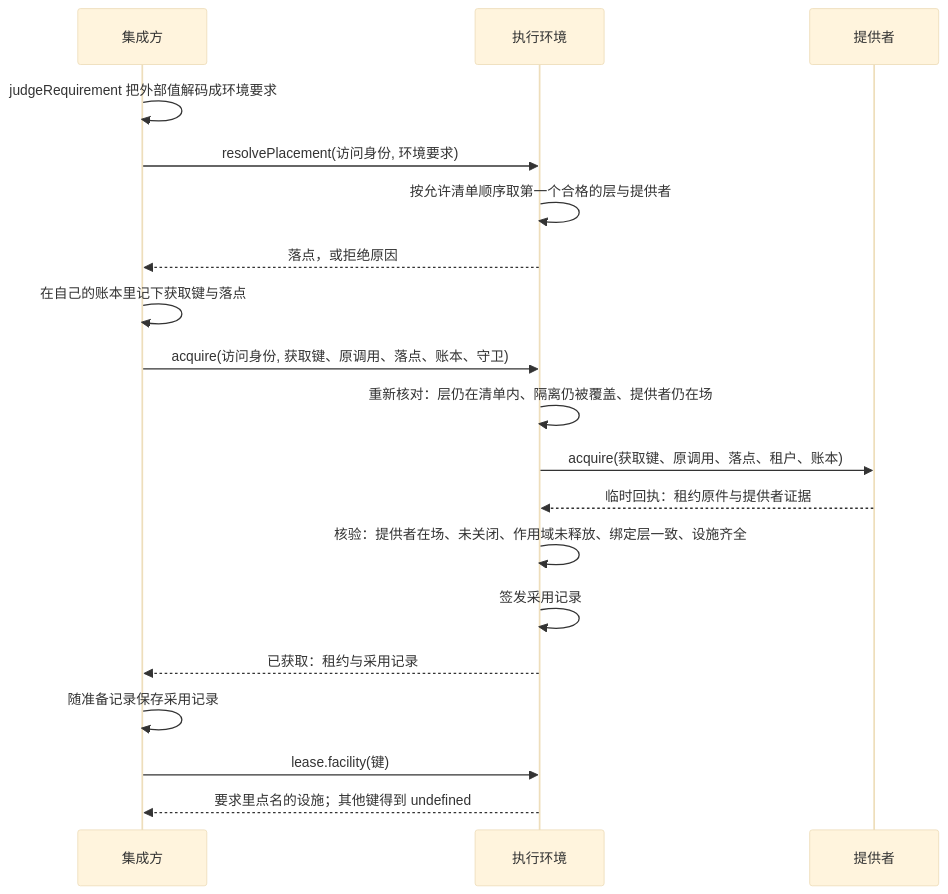
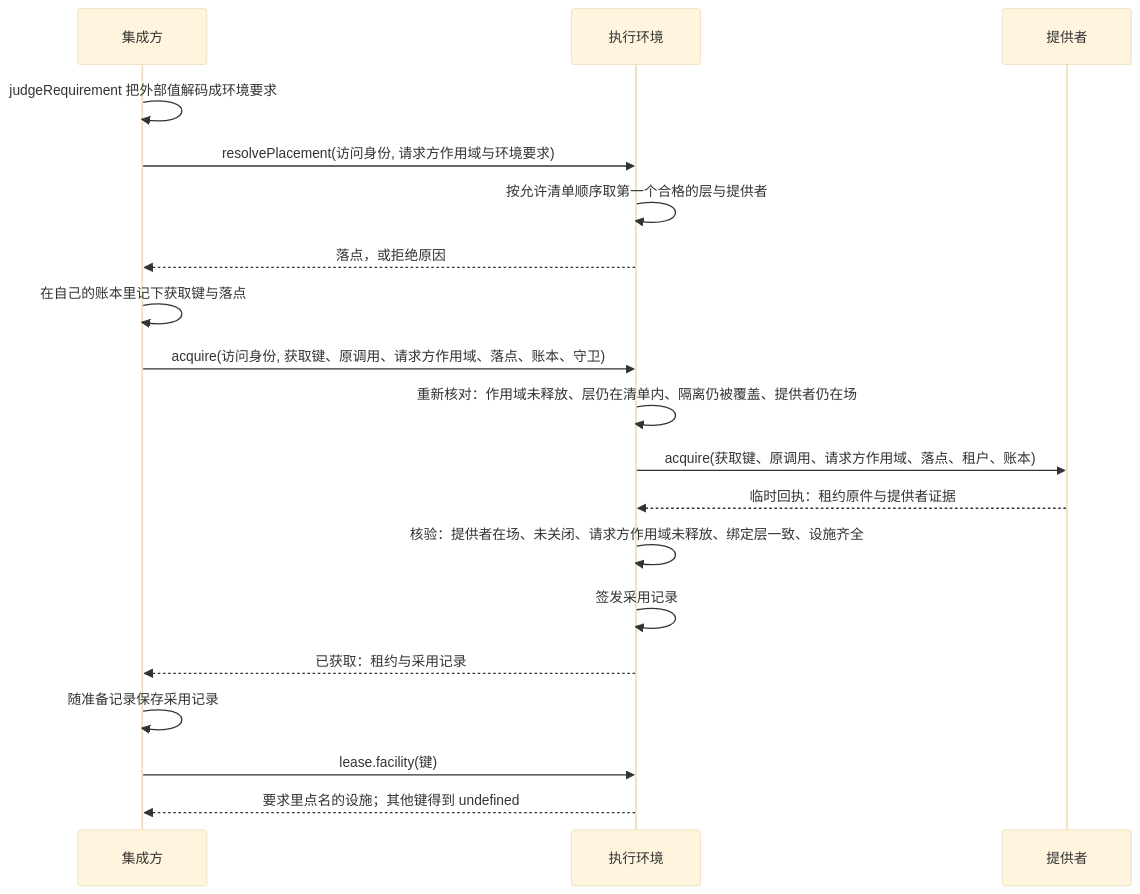
The first of 6 diagrams in packages/execution/execution-environment-contract/docs/flows.md (nemori-ai/omne-harness-lite), drawn with Mermaid (base theme) before and after one commit. The commit also changed other lines of this file and 50 other files, not shown here.

````diff
--- a/packages/execution/execution-environment-contract/docs/flows.md
+++ b/packages/execution/execution-environment-contract/docs/flows.md
@@ -17,21 +17,21 @@
 ```mermaid
 sequenceDiagram
   participant I as 集成方
   participant E as 执行环境
   participant P as 提供者
   I->>I: judgeRequirement 把外部值解码成环境要求
-  I->>E: resolvePlacement(访问身份, 环境要求)
+  I->>E: resolvePlacement(访问身份, 请求方作用域与环境要求)
   E->>E: 按允许清单顺序取第一个合格的层与提供者
   E-->>I: 落点，或拒绝原因
   I->>I: 在自己的账本里记下获取键与落点
-  I->>E: acquire(访问身份, 获取键、原调用、落点、账本、守卫)
-  E->>E: 重新核对：层仍在清单内、隔离仍被覆盖、提供者仍在场
-  E->>P: acquire(获取键、原调用、落点、租户、账本)
+  I->>E: acquire(访问身份, 获取键、原调用、请求方作用域、落点、账本、守卫)
+  E->>E: 重新核对：作用域未释放、层仍在清单内、隔离仍被覆盖、提供者仍在场
+  E->>P: acquire(获取键、原调用、请求方作用域、落点、租户、账本)
   P-->>E: 临时回执：租约原件与提供者证据
-  E->>E: 核验：提供者在场、未关闭、作用域未释放、绑定层一致、设施齐全
+  E->>E: 核验：提供者在场、未关闭、请求方作用域未释放、绑定层一致、设施齐全
   E->>E: 签发采用记录
   E-->>I: 已获取：租约与采用记录
   I->>I: 随准备记录保存采用记录
   I->>E: lease.facility(键)
   E-->>I: 要求里点名的设施；其他键得到 undefined
 ```
````
